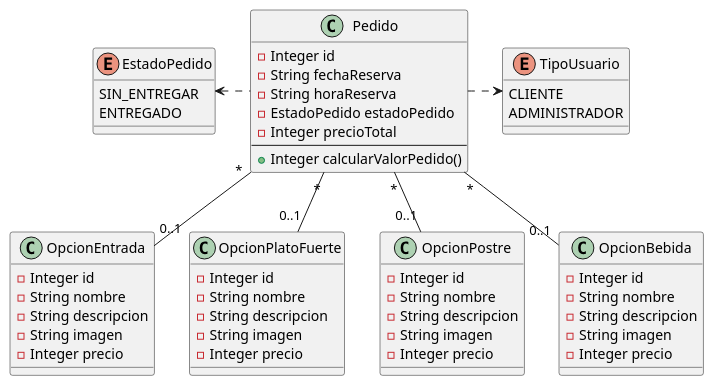
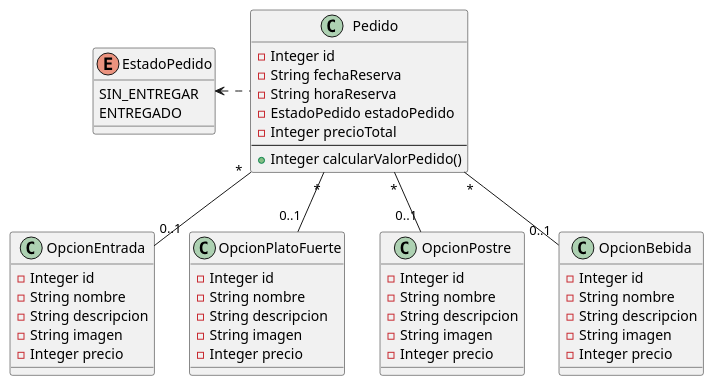
Before and after one commit to JCataRM/proyectoCiclo3: the diagram in doc/diagrama_clases.puml, drawn with PlantUML. The commit also changed 1 other file, not shown here.

Commit message:
Actualización atributos clase usuario

```diff
--- a/doc/diagrama_clases.puml
+++ b/doc/diagrama_clases.puml
@@ -1,59 +1,52 @@
 @startuml "Diagrama de Clases"
 
 class Pedido {
     - Integer id
     - String fechaReserva
     - String horaReserva
     - EstadoPedido estadoPedido
     - Integer precioTotal 
     --
     + Integer calcularValorPedido()
 }
 class OpcionEntrada{
     - Integer id
     - String nombre
     - String descripcion
     - String imagen
     - Integer precio
 }
 class OpcionPlatoFuerte{
     - Integer id
     - String nombre
     - String descripcion
     - String imagen
     - Integer precio
 }
 class OpcionPostre{
     - Integer id
     - String nombre
     - String descripcion
     - String imagen
     - Integer precio
 }
 class OpcionBebida{
     - Integer id
     - String nombre
     - String descripcion
     - String imagen
     - Integer precio
 }
 
 enum EstadoPedido{
     SIN_ENTREGAR
     ENTREGADO
 }
 
-enum TipoUsuario{
-    CLIENTE
-    ADMINISTRADOR
-}
-
-
 Pedido "*" -- "0..1" OpcionEntrada
 Pedido "*" -- "0..1" OpcionPlatoFuerte
 Pedido "*" -- "0..1" OpcionPostre
 Pedido "*" -- "0..1" OpcionBebida
 Pedido .left.> EstadoPedido
-Pedido .right.> TipoUsuario
 
 @enduml
```
